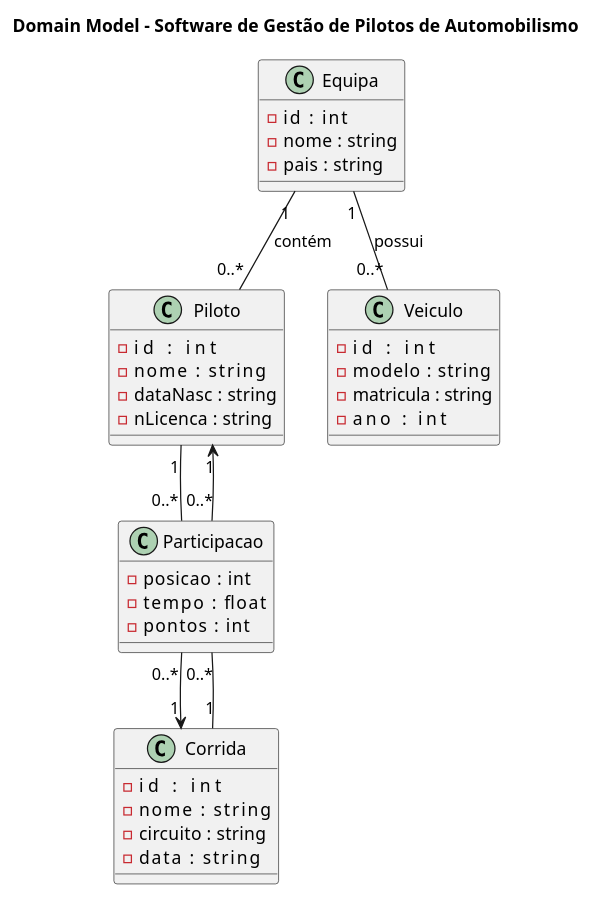
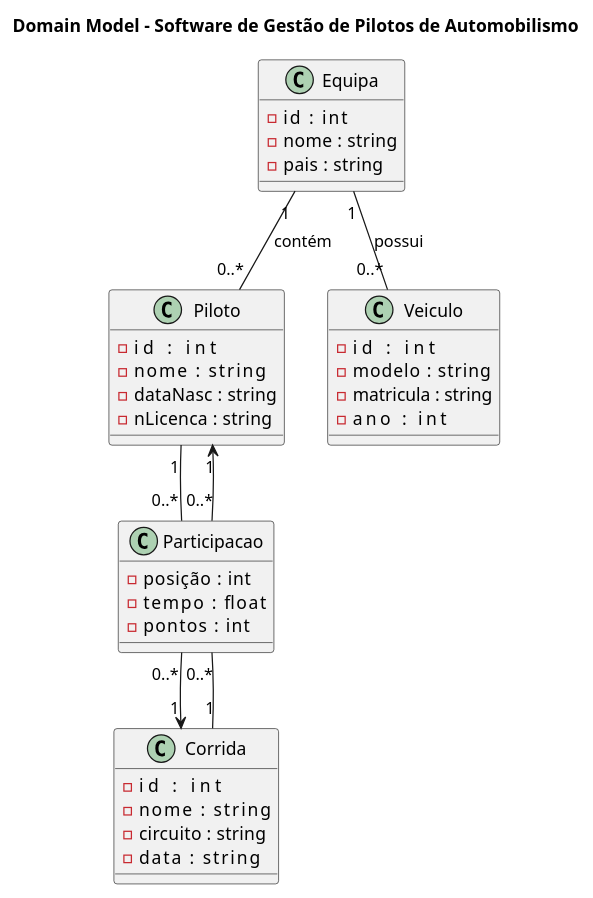
One commit to jslvt/fsoft2026_1DD_3 changed the diagram in Documentation/Iteration01/domain_model.puml. Above: the diagram before and after it, drawn with PlantUML. The commit also changed 1 other file, not shown here.

```diff
--- a/Documentation/Iteration01/domain_model.puml
+++ b/Documentation/Iteration01/domain_model.puml
@@ -1,51 +1,51 @@
 @startuml
 
 title Domain Model - Software de Gestão de Pilotos de Automobilismo
 
 class Piloto {
   -id        : int
   -nome      : string
   -dataNasc  : string
   -nLicenca  : string
 }
 
 class Equipa {
   -id    : int
   -nome  : string
   -pais  : string
 }
 
 class Veiculo {
   -id        : int
   -modelo    : string
   -matricula : string
   -ano       : int
 }
 
 class Corrida {
   -id        : int
   -nome      : string
   -circuito  : string
   -data      : string
 }
 
 class Participacao {
-  -posicao   : int
+  -posição   : int
   -tempo     : float
   -pontos    : int
 }
 
 ' Associative class breaking Piloto <-> Corrida many-to-many
 ' Participacao is the associative class
 
 ' Relations
 Equipa  "1"    --  "0..*"  Piloto      : contém
 Equipa  "1"    --  "0..*"  Veiculo     : possui
 
 Piloto  "1"    --  "0..*"  Participacao
 Corrida "1"    --  "0..*"  Participacao
 
 Participacao "0..*" --> "1" Piloto
 Participacao "0..*" --> "1" Corrida
 
 @enduml
```
